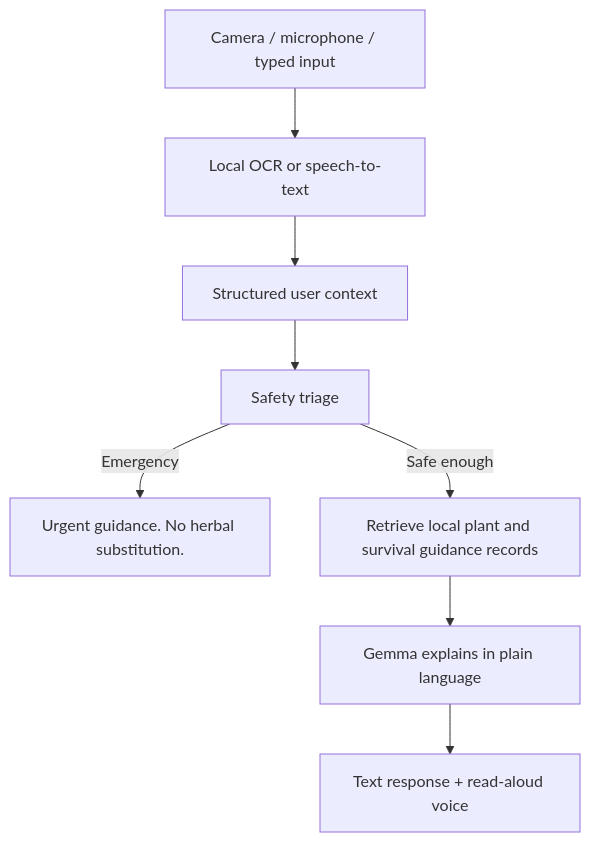
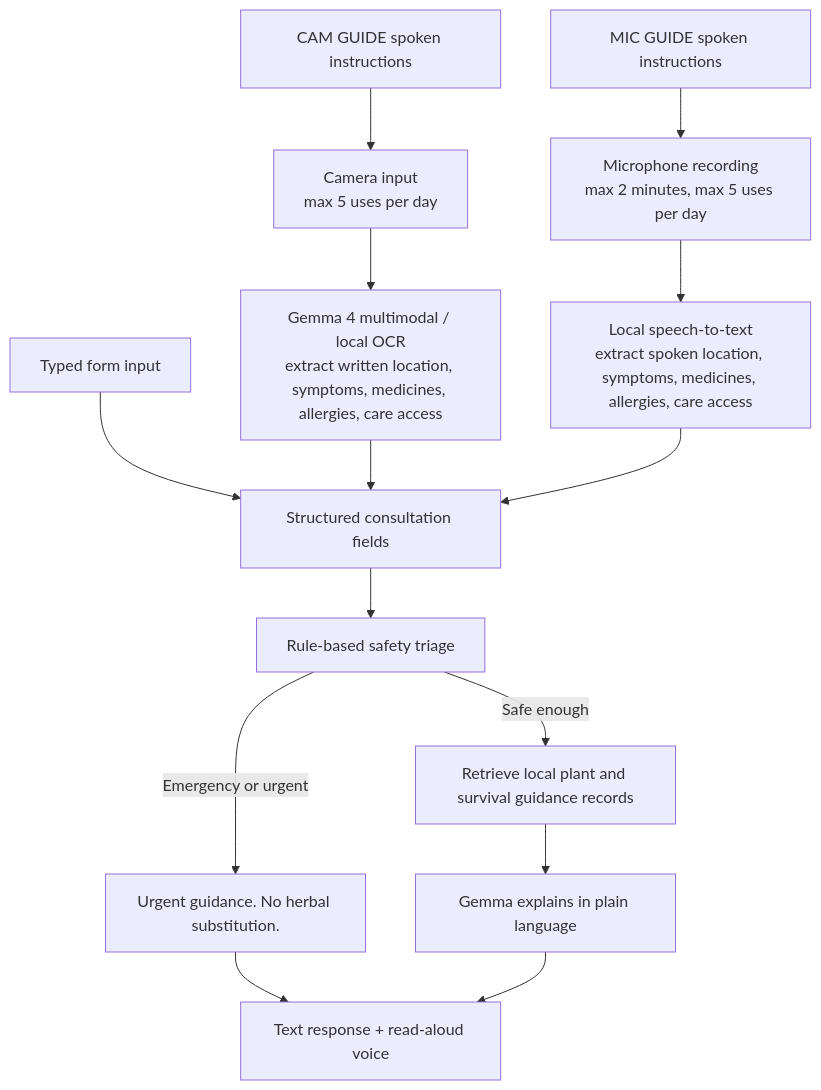
Before and after one commit to quangnguyenvn/Gemma_HerbalCare: the second of 5 diagrams in README.md, drawn with Mermaid. The commit also changed other lines of this file and 2 other files, not shown here.

Commit message:
Add CAM and MIC accessibility guides

````diff
--- a/README.md
+++ b/README.md
@@ -231,10 +243,16 @@
 ```mermaid
 flowchart TD
-  A["Camera / microphone / typed input"] --> B["Local OCR or speech-to-text"]
-  B --> C["Structured user context"]
-  C --> D["Safety triage"]
-  D -->|Emergency| E["Urgent guidance. No herbal substitution."]
-  D -->|Safe enough| F["Retrieve local plant and survival guidance records"]
-  F --> G["Gemma explains in plain language"]
-  G --> H["Text response + read-aloud voice"]
+  A["Typed form input"] --> F["Structured consultation fields"]
+  B["CAM GUIDE spoken instructions"] --> C["Camera input<br/>max 5 uses per day"]
+  D["MIC GUIDE spoken instructions"] --> E["Microphone recording<br/>max 2 minutes, max 5 uses per day"]
+  C --> C1["Gemma 4 multimodal / local OCR<br/>extract written location, symptoms, medicines, allergies, care access"]
+  E --> E1["Local speech-to-text<br/>extract spoken location, symptoms, medicines, allergies, care access"]
+  C1 --> F
+  E1 --> F
+  F --> G["Rule-based safety triage"]
+  G -->|Emergency or urgent| H["Urgent guidance. No herbal substitution."]
+  G -->|Safe enough| I["Retrieve local plant and survival guidance records"]
+  I --> J["Gemma explains in plain language"]
+  H --> K["Text response + read-aloud voice"]
+  J --> K
 ```
````
